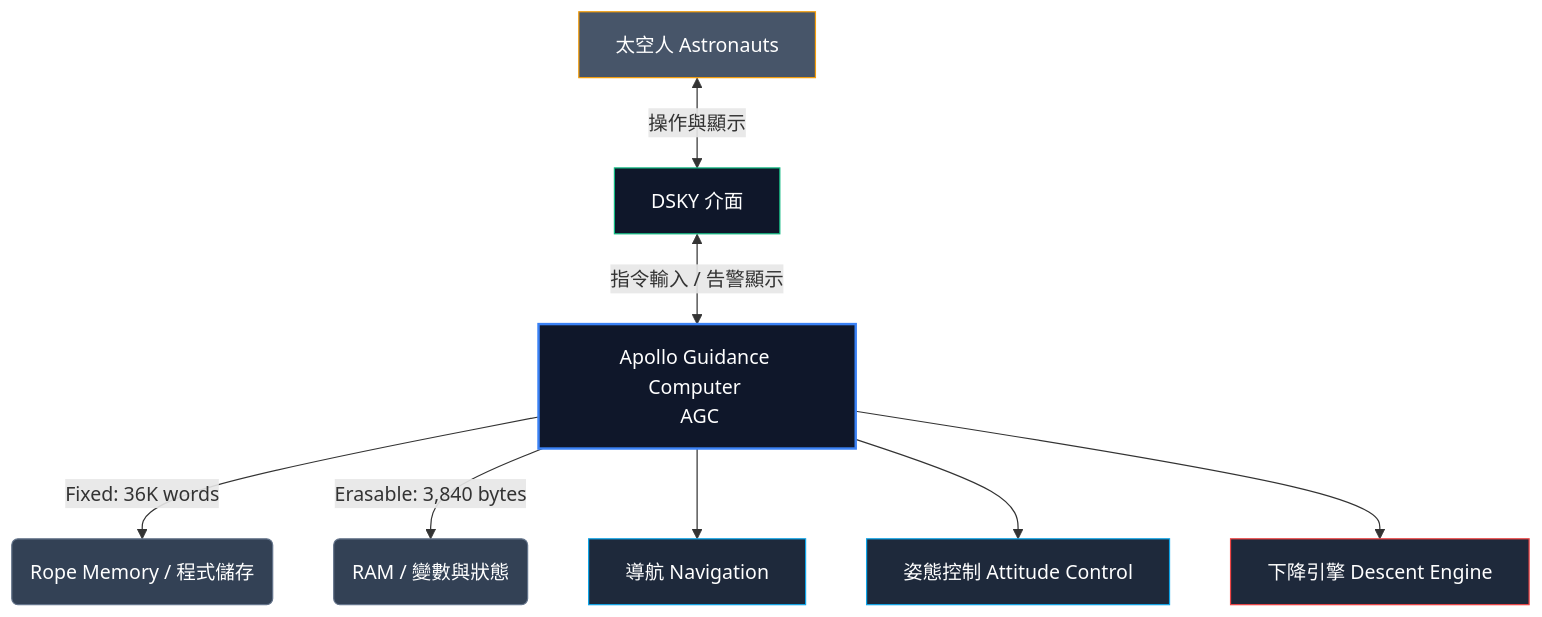
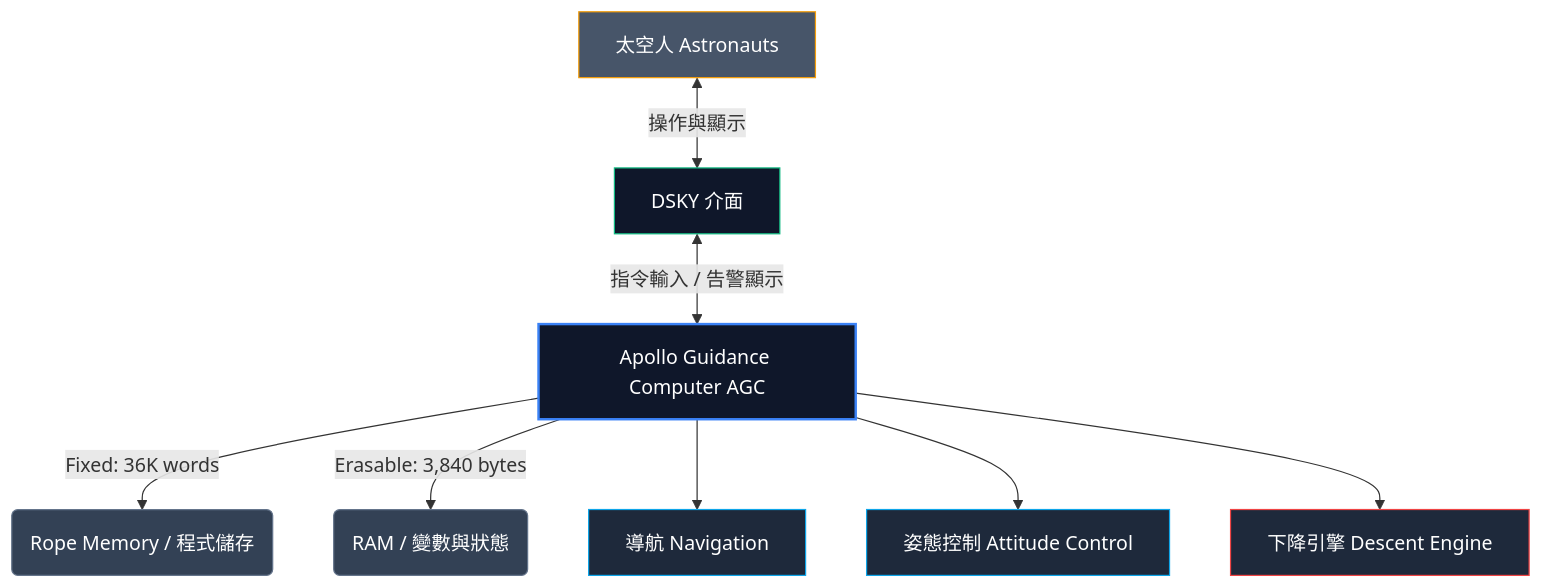
The second of 3 diagrams in link-blog/content/posts/apollo-11-agc-code-decoded.md (LinkGitData/hugo), drawn with Mermaid before and after one commit. The commit also changed other lines of this file, not shown here.

Commit message:
fix(blog): resolve mermaid diagram rendering issues

```diff
--- a/link-blog/content/posts/apollo-11-agc-code-decoded.md
+++ b/link-blog/content/posts/apollo-11-agc-code-decoded.md
@@ -59,19 +59,19 @@
 {{< mermaid >}}
 graph TD
-    A[Apollo Guidance Computer <br> AGC] -->|Fixed: 36K words| B(Rope Memory / 程式儲存)
+    A[Apollo Guidance Computer AGC] -->|Fixed: 36K words| B(Rope Memory / 程式儲存)
     A -->|Erasable: 3,840 bytes| C(RAM / 變數與狀態)
     D[太空人 Astronauts] <-->|操作與顯示| E[DSKY 介面]
     E <-->|指令輸入 / 告警顯示| A
     A --> F[導航 Navigation]
     A --> G[姿態控制 Attitude Control]
     A --> H[下降引擎 Descent Engine]
     
     style A fill:#0f172a,stroke:#3b82f6,stroke-width:2px,color:#fff
     style B fill:#334155,stroke:#64748b,color:#fff
     style C fill:#334155,stroke:#64748b,color:#fff
     style D fill:#475569,stroke:#f59e0b,color:#fff
     style E fill:#0f172a,stroke:#10b981,color:#fff
     style F fill:#1e293b,stroke:#0ea5e9,color:#fff
     style G fill:#1e293b,stroke:#0ea5e9,color:#fff
     style H fill:#1e293b,stroke:#ef4444,color:#fff
 {{< /mermaid >}}
```
